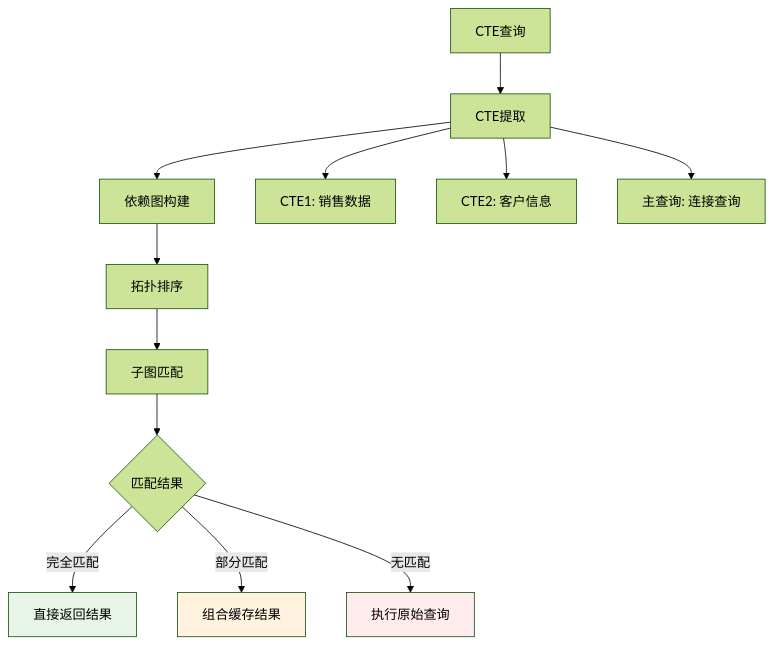
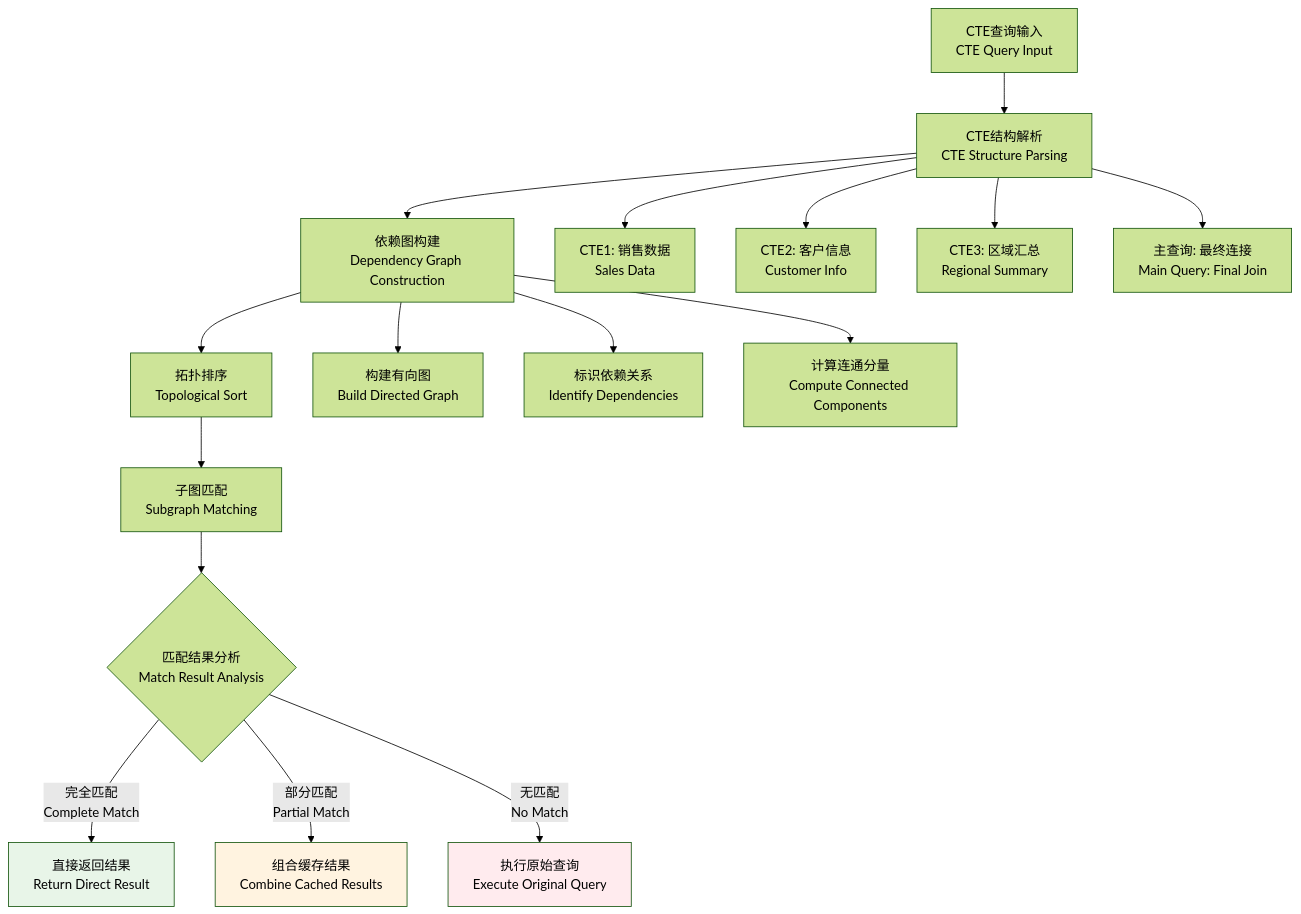
Before and after one commit to crazypenguincode/duckdb: the seventh of 13 diagrams in md/第三章-动态缓存管理.md, drawn with Mermaid (forest theme). The commit also changed other lines of this file and 361 other files, not shown here.

````diff
--- a/md/第三章-动态缓存管理.md
+++ b/md/第三章-动态缓存管理.md
@@ -554,20 +911,25 @@
 ```mermaid
 graph TD
-    A[CTE查询] --> B[CTE提取]
-    B --> C[依赖图构建]
-    C --> D[拓扑排序]
-    D --> E[子图匹配]
+    A[CTE查询输入<br/>CTE Query Input] --> B[CTE结构解析<br/>CTE Structure Parsing]
+    B --> C[依赖图构建<br/>Dependency Graph Construction]
+    C --> D[拓扑排序<br/>Topological Sort]
+    D --> E[子图匹配<br/>Subgraph Matching]
     
-    E --> F{匹配结果}
-    F --> |完全匹配| G[直接返回结果]
-    F --> |部分匹配| H[组合缓存结果]
-    F --> |无匹配| I[执行原始查询]
+    E --> F{匹配结果分析<br/>Match Result Analysis}
+    F --> |完全匹配<br/>Complete Match| G[直接返回结果<br/>Return Direct Result]
+    F --> |部分匹配<br/>Partial Match| H[组合缓存结果<br/>Combine Cached Results]
+    F --> |无匹配<br/>No Match| I[执行原始查询<br/>Execute Original Query]
     
-    B --> B1[CTE1: 销售数据]
-    B --> B2[CTE2: 客户信息]
-    B --> B3[主查询: 连接查询]
+    B --> B1[CTE1: 销售数据<br/>Sales Data]
+    B --> B2[CTE2: 客户信息<br/>Customer Info]
+    B --> B3[CTE3: 区域汇总<br/>Regional Summary]
+    B --> B4[主查询: 最终连接<br/>Main Query: Final Join]
+    
+    C --> C1[构建有向图<br/>Build Directed Graph]
+    C --> C2[标识依赖关系<br/>Identify Dependencies]
+    C --> C3[计算连通分量<br/>Compute Connected Components]
     
     style G fill:#e8f5e8
     style H fill:#fff3e0
     style I fill:#ffebee
 ```
````
